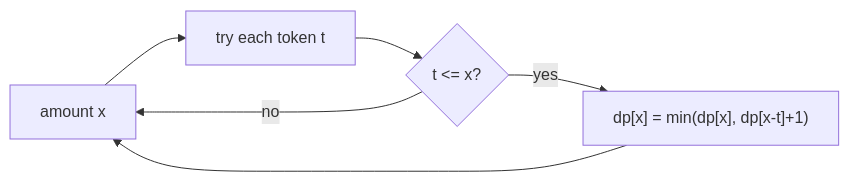
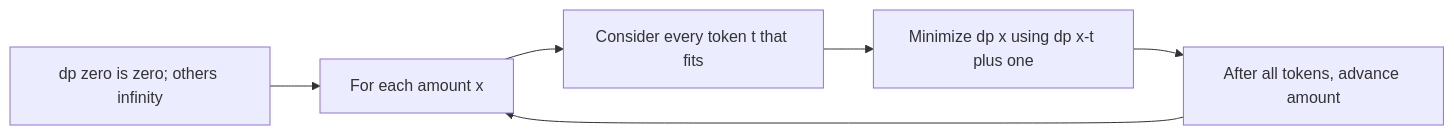
Before and after one commit to jdodsoncollins/study-material: the diagram in lessons/algorithms/problems/coin-change/viz/table.md, drawn with Mermaid. The commit also changed 175 other files, not shown here.

````diff
--- a/lessons/algorithms/problems/coin-change/viz/table.md
+++ b/lessons/algorithms/problems/coin-change/viz/table.md
@@ -3,8 +3,8 @@
 ```mermaid
 flowchart LR
-  x[amount x] --> tok[try each token t]
-  tok --> fit{t <= x?}
-  fit -->|yes| take["dp[x] = min(dp[x], dp[x-t]+1)"]
-  take --> x
-  fit -->|no| x
+  seed[dp zero is zero; others infinity] --> x[For each amount x]
+  x --> tok[Consider every token t that fits]
+  tok --> take[Minimize dp x using dp x-t plus one]
+  take --> next[After all tokens, advance amount]
+  next --> x
 ```
````
